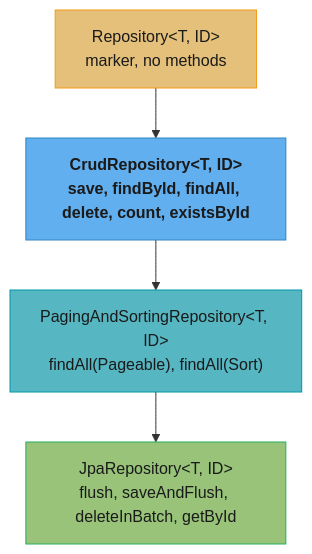
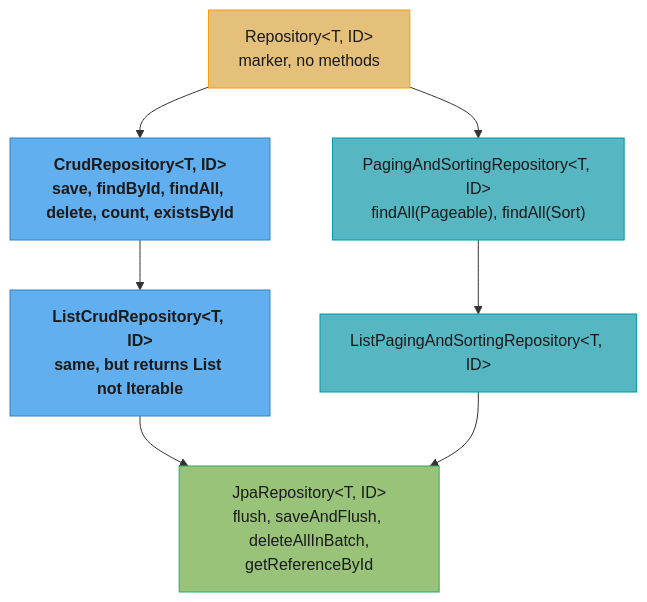
One commit to rppol/system-design changed the second of 6 diagrams in src/main/java/com/rutik/systemdesign/spring/spring_data_jpa/README.md. Above: the diagram before and after it, drawn with Mermaid. The commit also changed other lines of this file and 6 other files, not shown here.

````diff
--- a/src/main/java/com/rutik/systemdesign/spring/spring_data_jpa/README.md
+++ b/src/main/java/com/rutik/systemdesign/spring/spring_data_jpa/README.md
@@ -70,17 +70,20 @@
 ```mermaid
 flowchart TD
     classDef io      fill:#61afef,stroke:#2e86c1,color:#1a1a1a,font-weight:bold
     classDef frozen  fill:#c678dd,stroke:#9b59b6,color:#fff
     classDef train   fill:#98c379,stroke:#27ae60,color:#1a1a1a
     classDef req     fill:#56b6c2,stroke:#0097a7,color:#1a1a1a
     classDef base    fill:#e5c07b,stroke:#f39c12,color:#1a1a1a
 
     A["Repository&lt;T, ID&gt;\nmarker, no methods"] --> B["CrudRepository&lt;T, ID&gt;\nsave, findById, findAll, delete, count, existsById"]
-    B --> C["PagingAndSortingRepository&lt;T, ID&gt;\nfindAll(Pageable), findAll(Sort)"]
-    C --> D["JpaRepository&lt;T, ID&gt;\nflush, saveAndFlush, deleteInBatch, getById"]
+    A --> C["PagingAndSortingRepository&lt;T, ID&gt;\nfindAll(Pageable), findAll(Sort)"]
+    B --> B2["ListCrudRepository&lt;T, ID&gt;\nsame, but returns List not Iterable"]
+    C --> C2["ListPagingAndSortingRepository&lt;T, ID&gt;"]
+    B2 --> D["JpaRepository&lt;T, ID&gt;\nflush, saveAndFlush, deleteAllInBatch,\ngetReferenceById"]
+    C2 --> D
 
     class A base
-    class B io
-    class C req
+    class B,B2 io
+    class C,C2 req
     class D train
 ```
````
